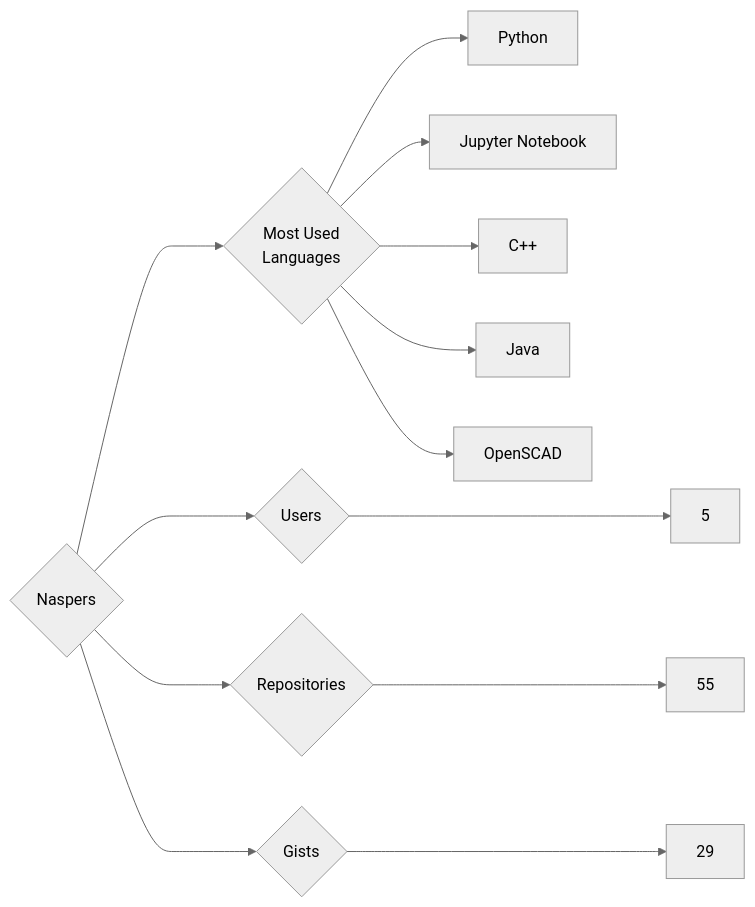
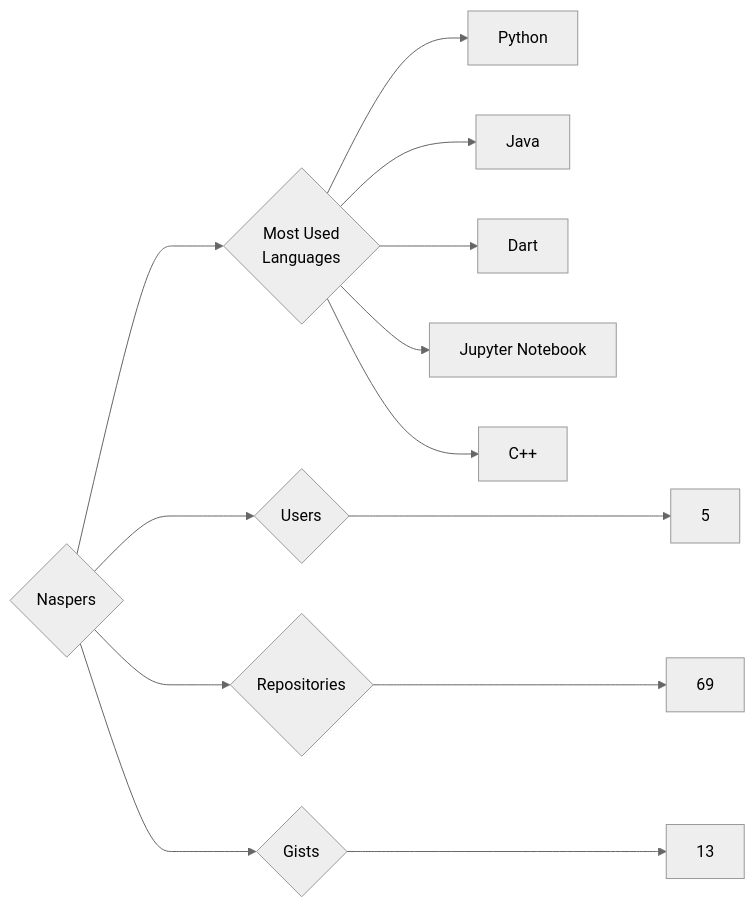
One commit to trickest/insiders changed the diagram in targets/Naspers/README.md. Above: the diagram before and after it, drawn with Mermaid (neutral theme). The commit also changed 1696 other files, not shown here.

````diff
--- a/targets/Naspers/README.md
+++ b/targets/Naspers/README.md
@@ -3,13 +3,13 @@
 ```mermaid
 graph LR
 COMPANY_NAME{Naspers}
 COMPANY_NAME ---> U{Users} ---> UN[5]
-COMPANY_NAME ---> R{Repositories} ---> RN[55]
-COMPANY_NAME ---> G{Gists} ---> GN[29]
+COMPANY_NAME ---> R{Repositories} ---> RN[69]
+COMPANY_NAME ---> G{Gists} ---> GN[13]
 COMPANY_NAME ---> ML{Most Used<br>Languages}
 ML --> Python[Python]
+ML --> Java[Java]
+ML --> Dart[Dart]
 ML --> Jupyter_Notebook[Jupyter Notebook]
 ML --> C++[C++]
-ML --> Java[Java]
-ML --> OpenSCAD[OpenSCAD]
 ```
````
